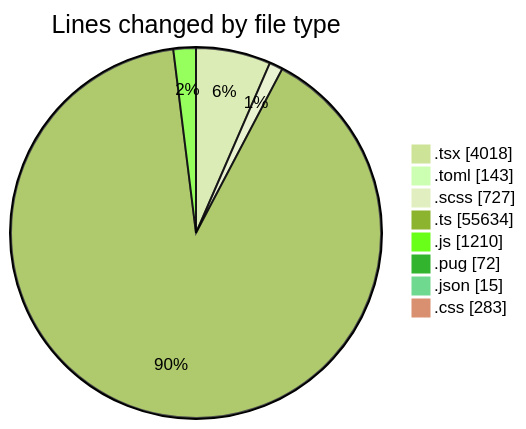
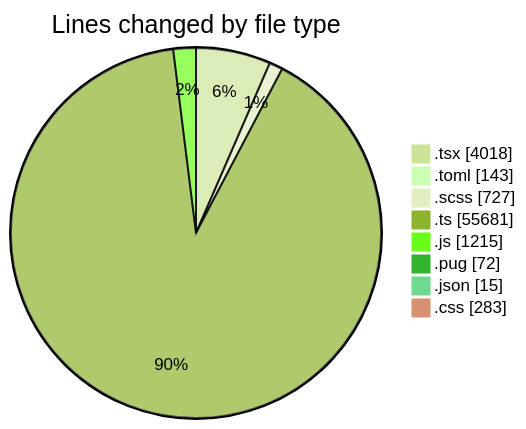
Before and after one commit to momahboobian/code-tracking: the first of 2 diagrams in 2026-11-02/cda/README.md, drawn with Mermaid (forest theme). The commit also changed other lines of this file and 1 other file, not shown here.

````diff
--- a/2026-11-02/cda/README.md
+++ b/2026-11-02/cda/README.md
@@ -81,12 +81,12 @@
 ```mermaid
 pie showData
 title Lines changed by file type
 ".tsx" : 4018
 ".toml" : 143
 ".scss" : 727
-".ts" : 55634
-".js" : 1210
+".ts" : 55681
+".js" : 1215
 ".pug" : 72
 ".json" : 15
 ".css" : 283
 ```
````
